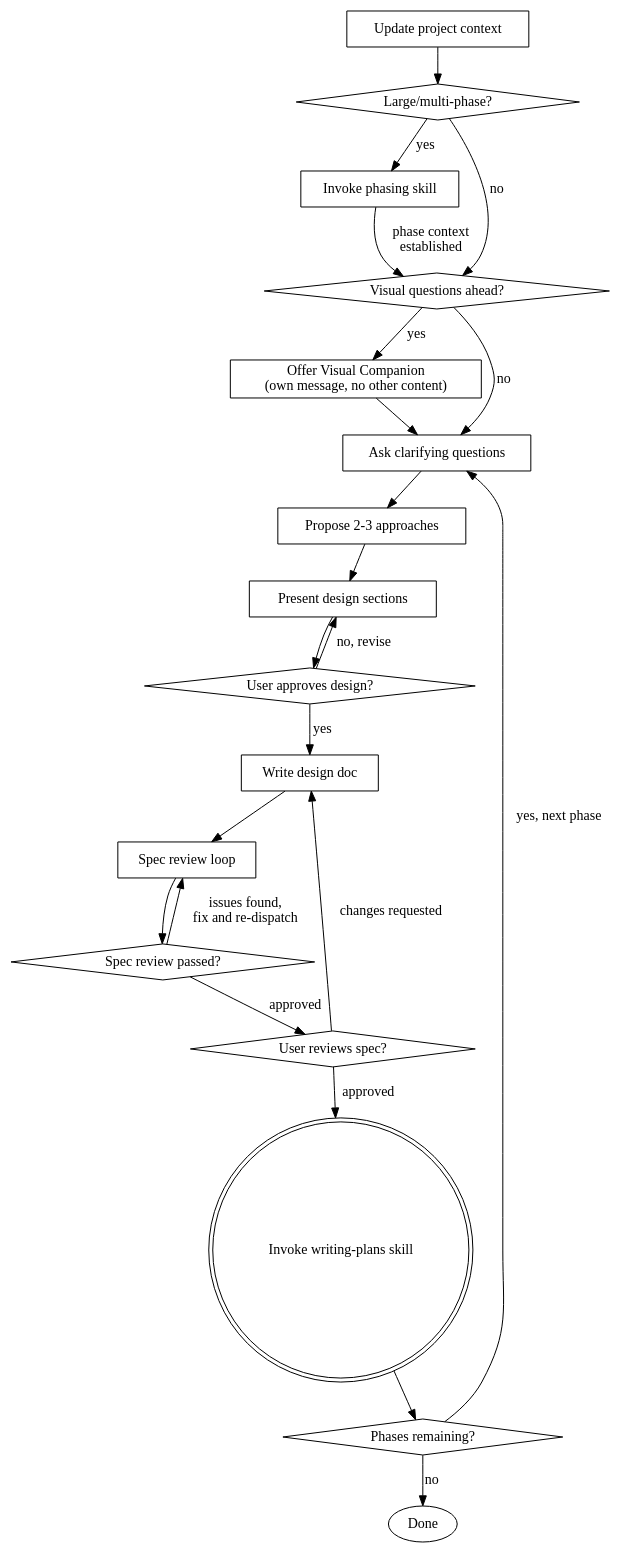
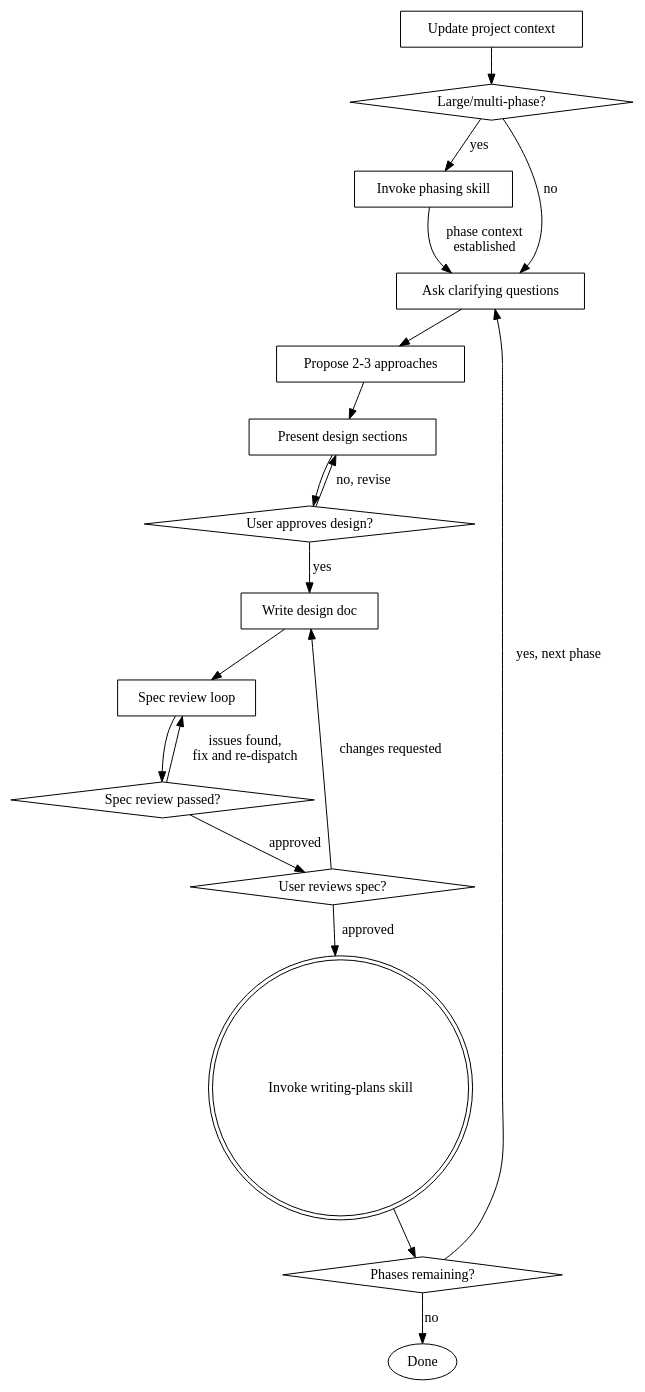
Before and after one commit to MrLukeSmith/Jeongri: the diagram in skills/ruminate/SKILL.md, drawn with Graphviz. The commit also changed other lines of this file, not shown here.

Commit message:
fix(ruminate): remove Visual Companion references

````diff
--- a/skills/ruminate/SKILL.md
+++ b/skills/ruminate/SKILL.md
@@ -41,41 +40,36 @@
 ```dot
 digraph ruminate {
     "Update project context" [shape=box];
     "Large/multi-phase?" [shape=diamond];
     "Invoke phasing skill" [shape=box];
-    "Visual questions ahead?" [shape=diamond];
-    "Offer Visual Companion\n(own message, no other content)" [shape=box];
     "Ask clarifying questions" [shape=box];
     "Propose 2-3 approaches" [shape=box];
     "Present design sections" [shape=box];
     "User approves design?" [shape=diamond];
     "Write design doc" [shape=box];
     "Spec review loop" [shape=box];
     "Spec review passed?" [shape=diamond];
     "User reviews spec?" [shape=diamond];
     "Phases remaining?" [shape=diamond];
     "Invoke writing-plans skill" [shape=doublecircle];
 
     "Update project context" -> "Large/multi-phase?";
     "Large/multi-phase?" -> "Invoke phasing skill" [label="yes"];
-    "Large/multi-phase?" -> "Visual questions ahead?" [label="no"];
-    "Invoke phasing skill" -> "Visual questions ahead?" [label="phase context\nestablished"];
-    "Visual questions ahead?" -> "Offer Visual Companion\n(own message, no other content)" [label="yes"];
-    "Visual questions ahead?" -> "Ask clarifying questions" [label="no"];
-    "Offer Visual Companion\n(own message, no other content)" -> "Ask clarifying questions";
+    "Large/multi-phase?" -> "Ask clarifying questions" [label="no"];
+    "Invoke phasing skill" -> "Ask clarifying questions" [label="phase context\nestablished"];
     "Ask clarifying questions" -> "Propose 2-3 approaches";
     "Propose 2-3 approaches" -> "Present design sections";
     "Present design sections" -> "User approves design?";
     "User approves design?" -> "Present design sections" [label="no, revise"];
     "User approves design?" -> "Write design doc" [label="yes"];
     "Write design doc" -> "Spec review loop";
     "Spec review loop" -> "Spec review passed?";
     "Spec review passed?" -> "Spec review loop" [label="issues found,\nfix and re-dispatch"];
     "Spec review passed?" -> "User reviews spec?" [label="approved"];
     "User reviews spec?" -> "Write design doc" [label="changes requested"];
     "User reviews spec?" -> "Invoke writing-plans skill" [label="approved"];
     "Invoke writing-plans skill" -> "Phases remaining?";
     "Phases remaining?" -> "Ask clarifying questions" [label="yes, next phase"];
     "Phases remaining?" -> "Done" [label="no"];
 }
 ```
````
